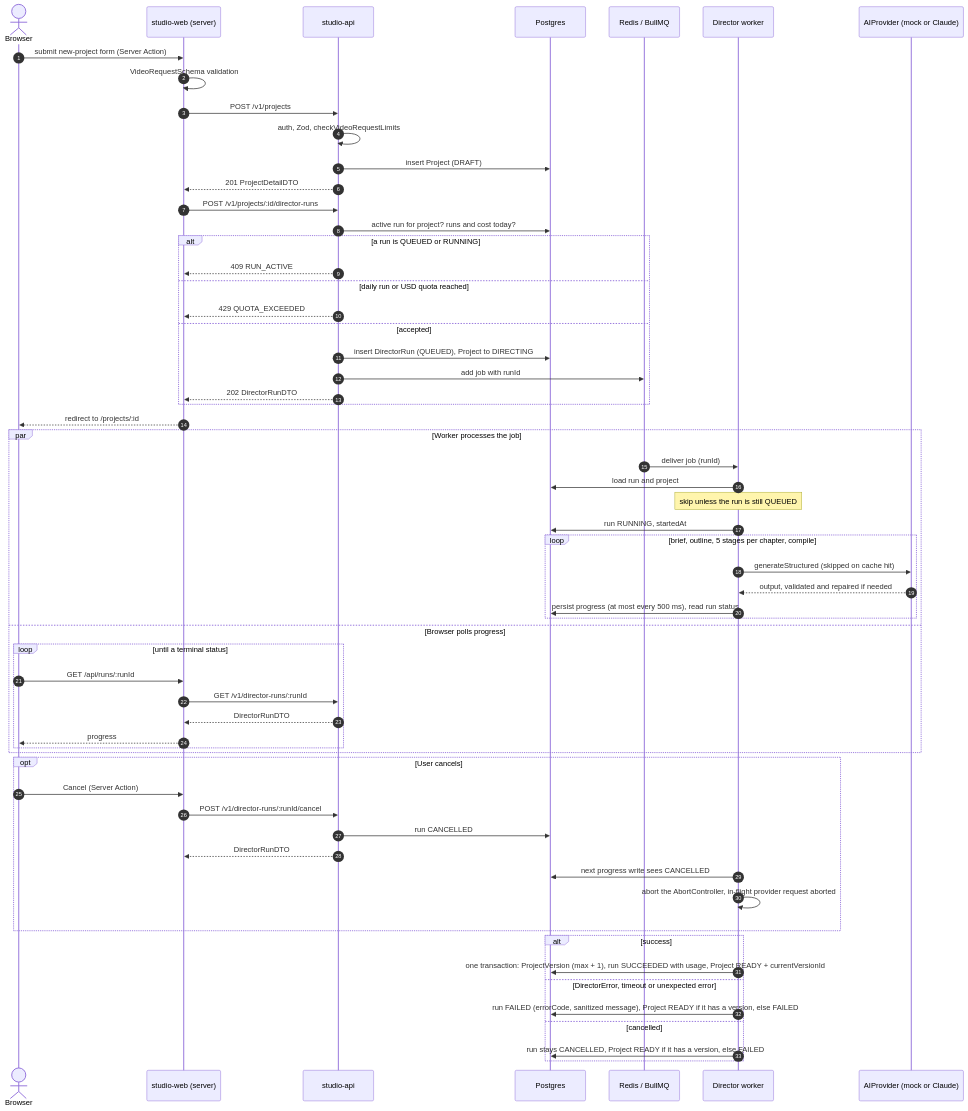
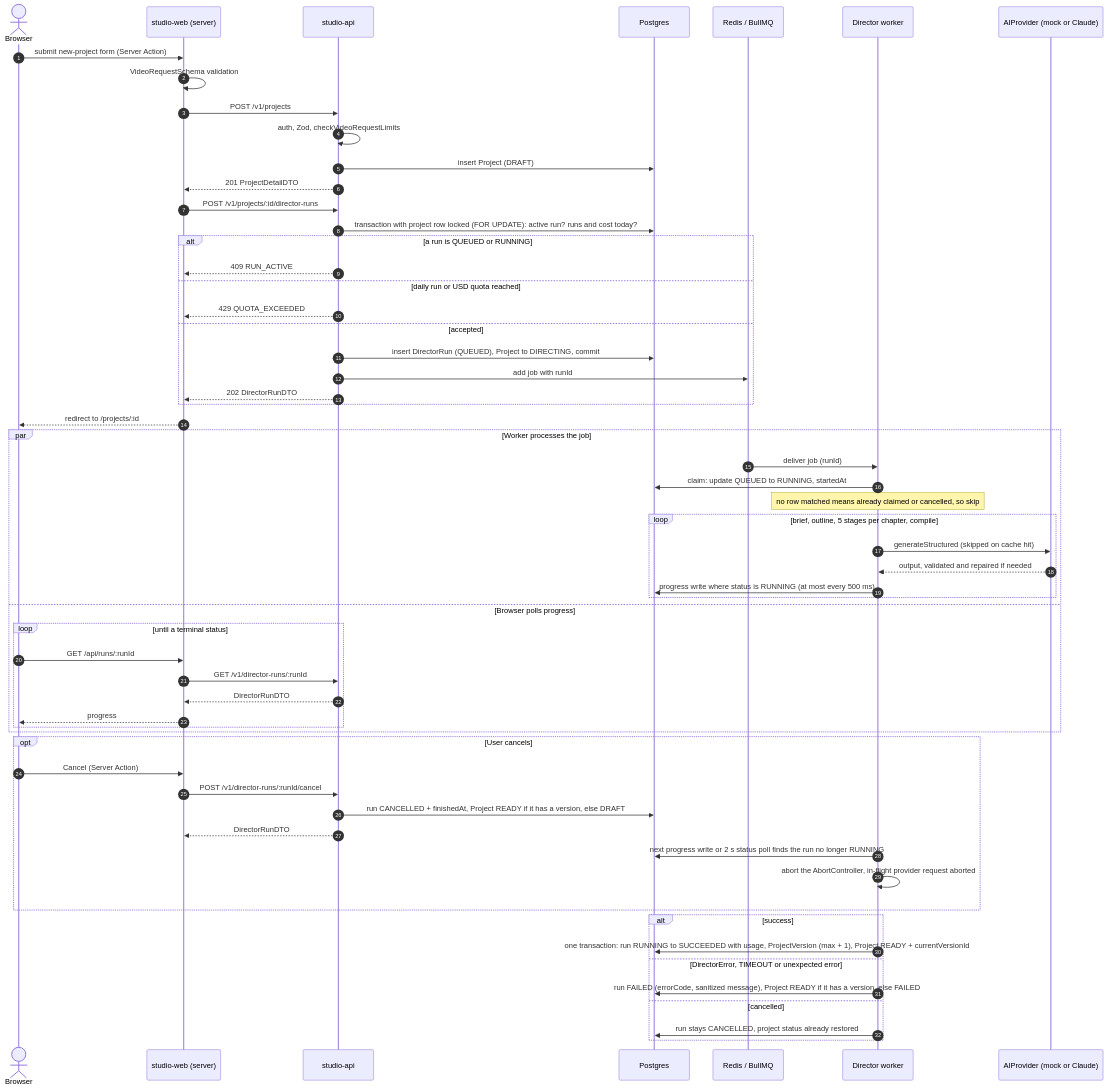
One commit to Gokulraj002/Video-Creation changed the sixth of 7 diagrams in docs/ARCHITECTURE.md. Above: the diagram before and after it, drawn with Mermaid. The commit also changed other lines of this file and 1 other file, not shown here.

First line of the commit message:
docs: architecture (system, containers, director pipeline, run sequence) and database

````diff
--- a/docs/ARCHITECTURE.md
+++ b/docs/ARCHITECTURE.md
@@ -318,66 +319,65 @@
 ```mermaid
 sequenceDiagram
   autonumber
   actor U as Browser
   participant W as studio-web (server)
   participant A as studio-api
   participant DB as Postgres
   participant Q as Redis / BullMQ
   participant K as Director worker
   participant P as AIProvider (mock or Claude)
 
   U->>W: submit new-project form (Server Action)
   W->>W: VideoRequestSchema validation
   W->>A: POST /v1/projects
   A->>A: auth, Zod, checkVideoRequestLimits
   A->>DB: insert Project (DRAFT)
   A-->>W: 201 ProjectDetailDTO
   W->>A: POST /v1/projects/:id/director-runs
-  A->>DB: active run for project? runs and cost today?
+  A->>DB: transaction with project row locked (FOR UPDATE): active run? runs and cost today?
   alt a run is QUEUED or RUNNING
     A-->>W: 409 RUN_ACTIVE
   else daily run or USD quota reached
     A-->>W: 429 QUOTA_EXCEEDED
   else accepted
-    A->>DB: insert DirectorRun (QUEUED), Project to DIRECTING
+    A->>DB: insert DirectorRun (QUEUED), Project to DIRECTING, commit
     A->>Q: add job with runId
     A-->>W: 202 DirectorRunDTO
   end
   W-->>U: redirect to /projects/:id
 
   par Worker processes the job
     Q->>K: deliver job (runId)
-    K->>DB: load run and project
-    Note over K: skip unless the run is still QUEUED
-    K->>DB: run RUNNING, startedAt
+    K->>DB: claim: update QUEUED to RUNNING, startedAt
+    Note over K: no row matched means already claimed or cancelled, so skip
     loop brief, outline, 5 stages per chapter, compile
       K->>P: generateStructured (skipped on cache hit)
       P-->>K: output, validated and repaired if needed
-      K->>DB: persist progress (at most every 500 ms), read run status
+      K->>DB: progress write where status is RUNNING (at most every 500 ms)
     end
   and Browser polls progress
     loop until a terminal status
       U->>W: GET /api/runs/:runId
       W->>A: GET /v1/director-runs/:runId
       A-->>W: DirectorRunDTO
       W-->>U: progress
     end
   end
 
   opt User cancels
     U->>W: Cancel (Server Action)
     W->>A: POST /v1/director-runs/:runId/cancel
-    A->>DB: run CANCELLED
+    A->>DB: run CANCELLED + finishedAt, Project READY if it has a version, else DRAFT
     A-->>W: DirectorRunDTO
-    K->>DB: next progress write sees CANCELLED
+    K->>DB: next progress write or 2 s status poll finds the run no longer RUNNING
     K->>K: abort the AbortController, in-flight provider request aborted
   end
 
   alt success
-    K->>DB: one transaction: ProjectVersion (max + 1), run SUCCEEDED with usage, Project READY + currentVersionId
-  else DirectorError, timeout or unexpected error
+    K->>DB: one transaction: run RUNNING to SUCCEEDED with usage, ProjectVersion (max + 1), Project READY + currentVersionId
+  else DirectorError, TIMEOUT or unexpected error
     K->>DB: run FAILED (errorCode, sanitized message), Project READY if it has a version, else FAILED
   else cancelled
-    K->>DB: run stays CANCELLED, Project READY if it has a version, else FAILED
+    K->>DB: run stays CANCELLED, project status already restored
   end
 ```
````
